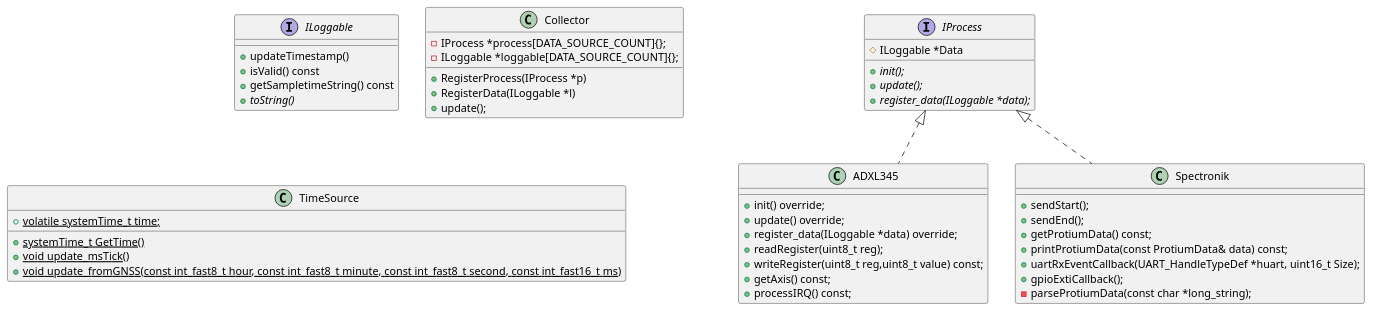
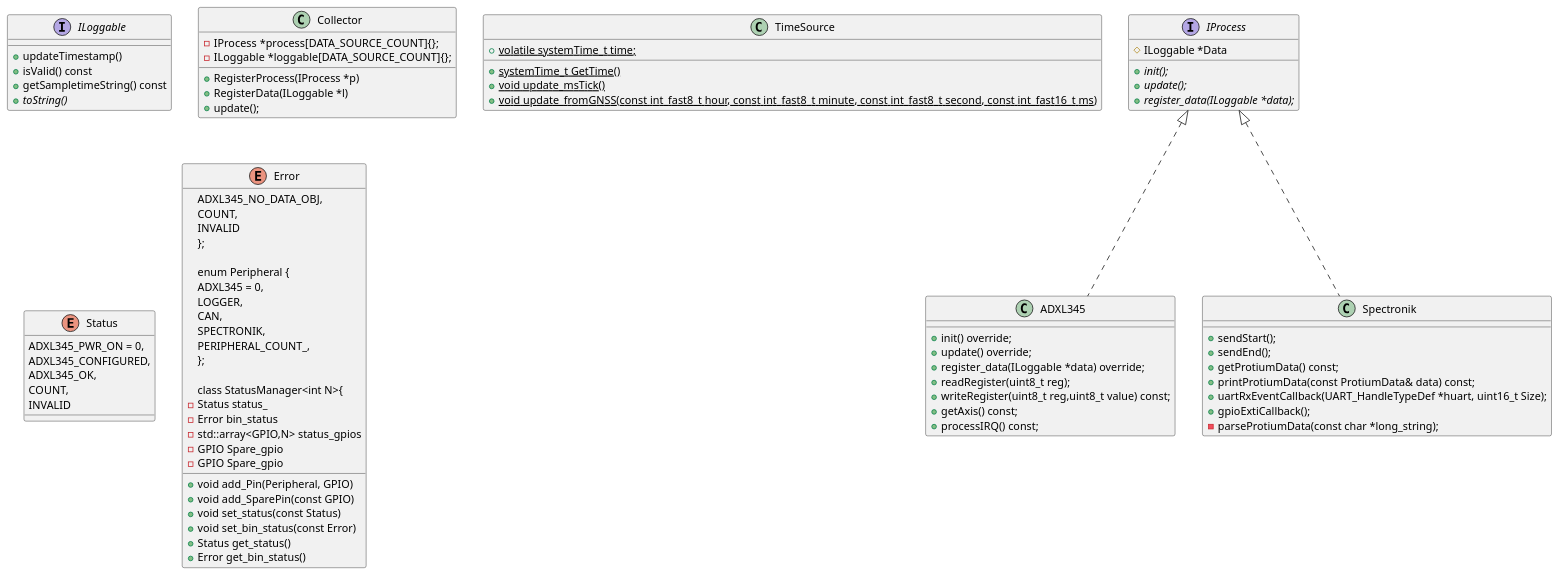
The diagram in class_diagram.puml (Svdwege/wikiWip), drawn with PlantUML before and after one commit. The commit also changed 1 other file, not shown here.

```diff
--- a/class_diagram.puml
+++ b/class_diagram.puml
@@ -1,53 +1,90 @@
 @startuml
  
 Interface ILoggable {
     + updateTimestamp() 
     + isValid() const
     + getSampletimeString() const
     {abstract} + toString()
 
 }
 Interface IProcess {
     # ILoggable *Data
     {abstract} + init();
     {abstract} + update();
     {abstract} + register_data(ILoggable *data);
 }
 
 
 class ADXL345 implements IProcess {
     + init() override;
     + update() override;
     + register_data(ILoggable *data) override;
     + readRegister(uint8_t reg);
     + writeRegister(uint8_t reg,uint8_t value) const;
     + getAxis() const;
     + processIRQ() const;
 }
 
 class Spectronik implements IProcess {
     + sendStart();
     + sendEnd();
     + getProtiumData() const;
     + printProtiumData(const ProtiumData& data) const;
     + uartRxEventCallback(UART_HandleTypeDef *huart, uint16_t Size);
     + gpioExtiCallback();
     - parseProtiumData(const char *long_string);
 }
 
 class Collector {
     + RegisterProcess(IProcess *p)
     + RegisterData(ILoggable *l)
     + update();
     - IProcess *process[DATA_SOURCE_COUNT]{};
     - ILoggable *loggable[DATA_SOURCE_COUNT]{};
 }
+
 class TimeSource {
     + {static} systemTime_t GetTime()
     + volatile {static} systemTime_t time;
     + {static} void update_msTick()
     + {static} void update_fromGNSS(const int_fast8_t hour, const int_fast8_t minute, const int_fast8_t second, const int_fast16_t ms) 
 }
 
+enum Status {
+    ADXL345_PWR_ON = 0,
+    ADXL345_CONFIGURED,
+    ADXL345_OK,
+    COUNT,
+    INVALID
+
+}
+
+enum Error {
+    ADXL345_NO_DATA_OBJ,
+    COUNT,
+    INVALID
+};
+
+enum Peripheral {
+    ADXL345 = 0,
+    LOGGER,
+    CAN,
+    SPECTRONIK,
+    PERIPHERAL_COUNT_,
+};
+
+class StatusManager<int N>{
+    + void add_Pin(Peripheral, GPIO)
+    + void add_SparePin(const GPIO)
+    + void set_status(const Status)
+    + void set_bin_status(const Error)
+    + Status get_status()
+    + Error get_bin_status()
+    - Status status_
+    - Error bin_status
+    - std::array<GPIO,N> status_gpios
+    - GPIO Spare_gpio
+    - GPIO Spare_gpio
+}   
 
 @enduml
```
